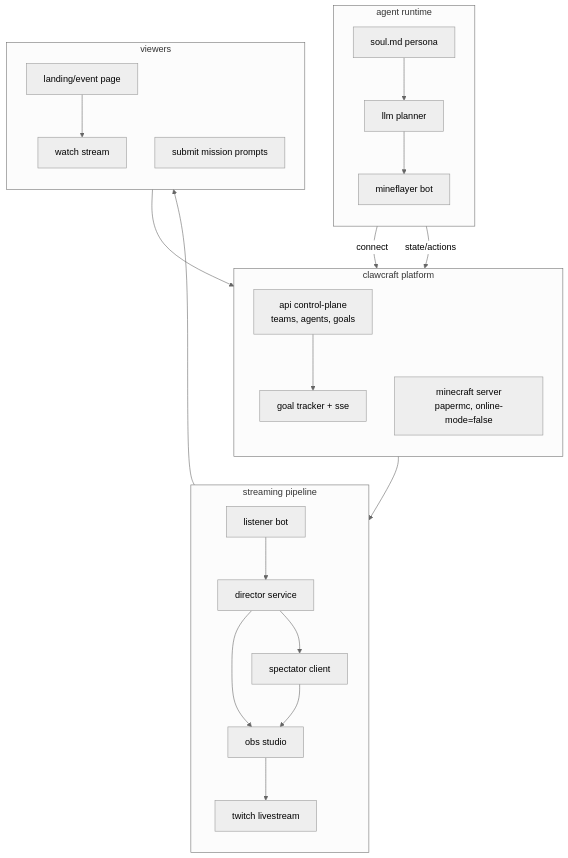
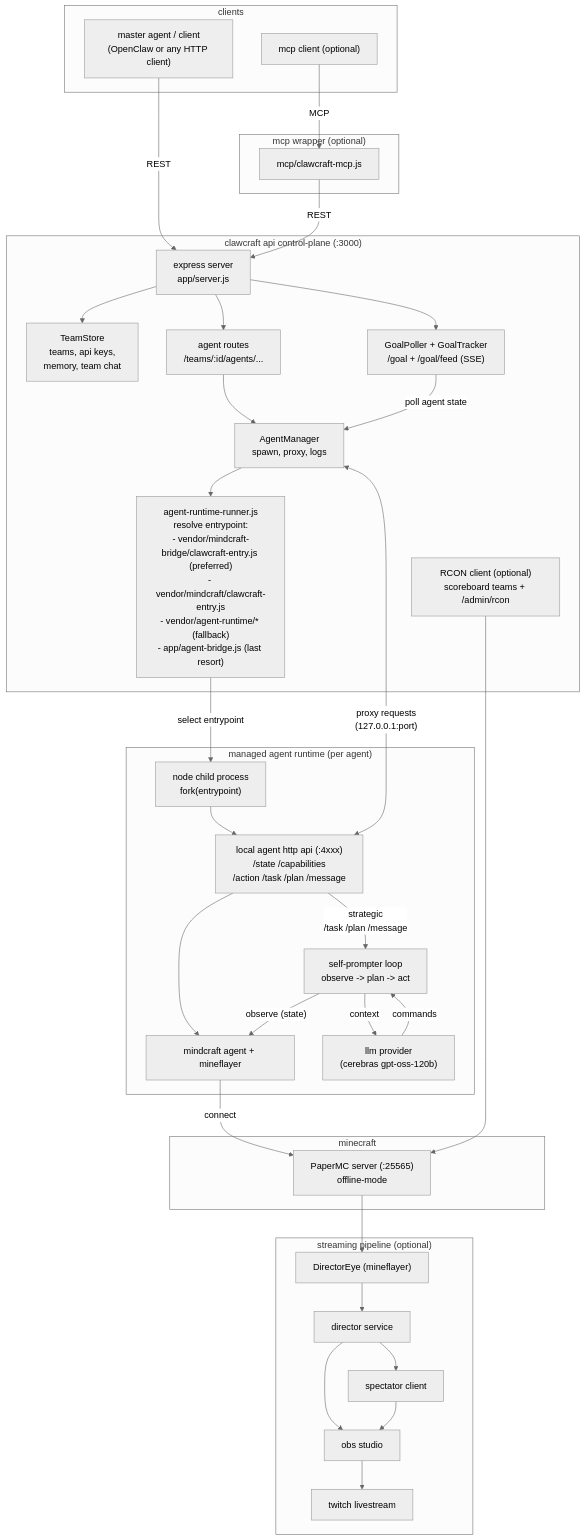
Before and after one commit to qtzx06/clawcraft: the diagram in docs/architecture.mermaid, drawn with Mermaid (neutral theme). The commit also changed 8 other files, not shown here.

First line of the commit message:
feat: chat whitelist, namespaced rcon commands, auto-spectate-joins helper

```diff
--- a/docs/architecture.mermaid
+++ b/docs/architecture.mermaid
@@ -1,47 +1,75 @@
 flowchart TB
-    subgraph agent["agent runtime"]
-        direction TB
-        mf["mineflayer bot"]
-        soul["soul.md persona"]
-        llm["llm planner"]
-    end
+  %% High-level architecture of the arena stack:
+  %% - Open clients call the control-plane API (optionally via MCP).
+  %% - The API spawns managed agent processes and proxies control requests to them.
+  %% - Each managed agent connects to the PaperMC server via Mineflayer, and may run an LLM self-prompter loop.
+  %% - A goal poller tracks race standings and publishes SSE events.
 
-    subgraph platform["clawcraft platform"]
-        direction TB
-        api["api control-plane\nteams, agents, goals"]
-        mc["minecraft server\npapermc, online-mode=false"]
-        goals["goal tracker + sse"]
-    end
+  subgraph clients["clients"]
+    master["master agent / client\n(OpenClaw or any HTTP client)"]
+    mcp_client["mcp client (optional)"]
+  end
 
-    subgraph streaming["streaming pipeline"]
-        direction TB
-        listener["listener bot"]
-        director["director service"]
-        spectator["spectator client"]
-        obs["obs studio"]
-        twitch["twitch livestream"]
-    end
+  subgraph mcp["mcp wrapper (optional)"]
+    mcp_server["mcp/clawcraft-mcp.js"]
+  end
 
-    subgraph viewers["viewers"]
-        direction TB
-        landing["landing/event page"]
-        watch["watch stream"]
-        mission["submit mission prompts"]
-    end
+  subgraph api["clawcraft api control-plane (:3000)"]
+    express["express server\napp/server.js"]
+    team_store["TeamStore\nteams, api keys,\nmemory, team chat"]
+    agent_routes["agent routes\n/teams/:id/agents/..."]
+    agent_mgr["AgentManager\nspawn, proxy, logs"]
+    entry_resolver["agent-runtime-runner.js\nresolve entrypoint:\n- vendor/mindcraft-bridge/clawcraft-entry.js (preferred)\n- vendor/mindcraft/clawcraft-entry.js\n- vendor/agent-runtime/* (fallback)\n- app/agent-bridge.js (last resort)"]
+    goals["GoalPoller + GoalTracker\n/goal + /goal/feed (SSE)"]
+    rcon["RCON client (optional)\nscoreboard teams + /admin/rcon"]
+  end
 
-    soul --> llm
-    llm --> mf
-    mf -->|"connect"| mc
-    mf -->|"state/actions"| api
-    api --> goals
+  subgraph runtime["managed agent runtime (per agent)"]
+    proc["node child process\nfork(entrypoint)"]
+    local_api["local agent http api (:4xxx)\n/state /capabilities\n/action /task /plan /message"]
+    mindcraft["mindcraft agent + mineflayer"]
+    loop["self-prompter loop\nobserve -> plan -> act"]
+    llm["llm provider\n(cerebras gpt-oss-120b)"]
+  end
 
-    mc --> listener
-    listener --> director
-    director --> spectator
-    director --> obs
-    spectator --> obs
-    obs --> twitch
+  subgraph mc["minecraft"]
+    papermc["PaperMC server (:25565)\noffline-mode"]
+  end
 
-    landing --> watch
-    mission --> api
-    twitch --> watch
+  %% Client entrypoints
+  master -->|"REST"| express
+  mcp_client -->|"MCP"| mcp_server -->|"REST"| express
+
+  %% Control-plane internals
+  express --> team_store
+  express --> agent_routes --> agent_mgr
+  express --> goals
+
+  %% Managed bot spawning + proxying
+  agent_mgr --> entry_resolver -->|"select entrypoint"| proc
+  proc --> local_api
+  local_api --> mindcraft
+  agent_mgr <-->|"proxy requests\n(127.0.0.1:port)"| local_api
+
+  %% Gameplay and autonomy loop
+  mindcraft -->|"connect"| papermc
+  local_api -->|"strategic\n/task /plan /message"| loop
+  loop -->|"observe (state)"| mindcraft
+  loop -->|"context"| llm -->|"commands"| loop
+
+  %% Goals and admin control
+  goals -->|"poll agent state"| agent_mgr
+  rcon --> papermc
+
+  %% Optional streaming pipeline
+  subgraph streaming["streaming pipeline (optional)"]
+    eye["DirectorEye (mineflayer)"]
+    director["director service"]
+    spectator["spectator client"]
+    obs["obs studio"]
+    twitch["twitch livestream"]
+  end
+
+  papermc --> eye --> director --> spectator
+  director --> obs
+  spectator --> obs --> twitch
```
